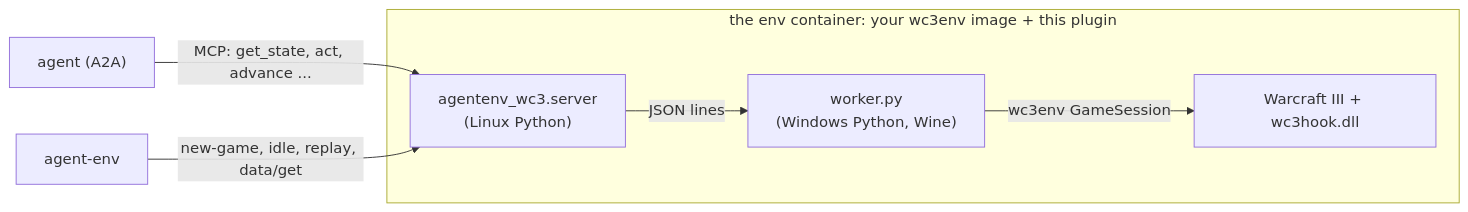
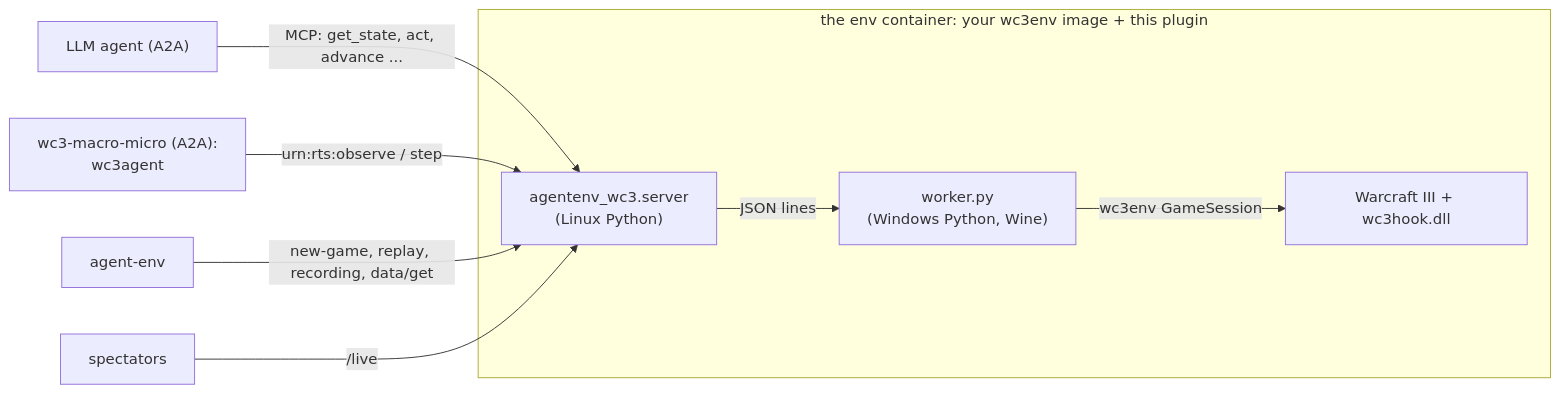
The diagram in README.md (earakely-scale/agentenv-wc3-plugin), drawn with Mermaid before and after one commit. The commit also changed other lines of this file and 31 other files, not shown here.

First line of the commit message:
feat: wc3agent parity in AgentEnv, configurable micro model, spectator mode, reusable RTS core

````diff
--- a/README.md
+++ b/README.md
@@ -50,9 +123,11 @@
 ```mermaid
 flowchart LR
-    agent["agent (A2A)"] -- "MCP: get_state, act, advance ..." --> server
+    llm["LLM agent (A2A)"] -- "MCP: get_state, act, advance ..." --> server
+    macro["wc3-macro-micro (A2A):<br/>wc3agent"] -- "urn:rts:observe / step" --> server
     subgraph env["the env container: your wc3env image + this plugin"]
         server["agentenv_wc3.server<br/>(Linux Python)"] -- "JSON lines" --> worker["worker.py<br/>(Windows Python, Wine)"]
         worker -- "wc3env GameSession" --> game["Warcraft III + wc3hook.dll"]
     end
-    runner["agent-env"] -- "new-game, idle, replay, data/get" --> server
+    runner["agent-env"] -- "new-game, replay, recording, data/get" --> server
+    viewer["spectators"] -- "/live" --> server
 ```
````
